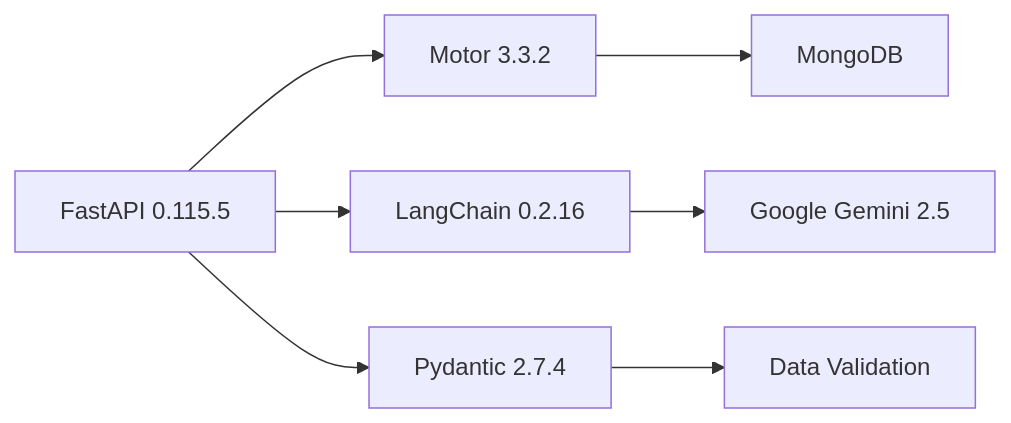
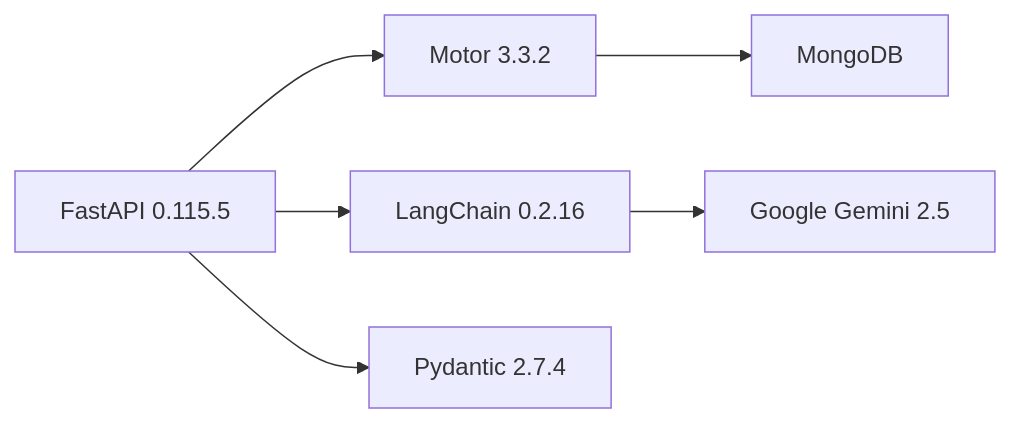
The first of 2 diagrams in README.md (KshitizCodeHub/Smart-Resume-Screener), drawn with Mermaid before and after one commit. The commit also changed other lines of this file, not shown here.

````diff
--- a/README.md
+++ b/README.md
@@ -132,9 +80,8 @@
 ```mermaid
 graph LR
     A[FastAPI 0.115.5] --> B[Motor 3.3.2]
     A --> C[LangChain 0.2.16]
     C --> D[Google Gemini 2.5]
     B --> E[MongoDB]
     A --> F[Pydantic 2.7.4]
-    F --> G[Data Validation]
 ```
````
